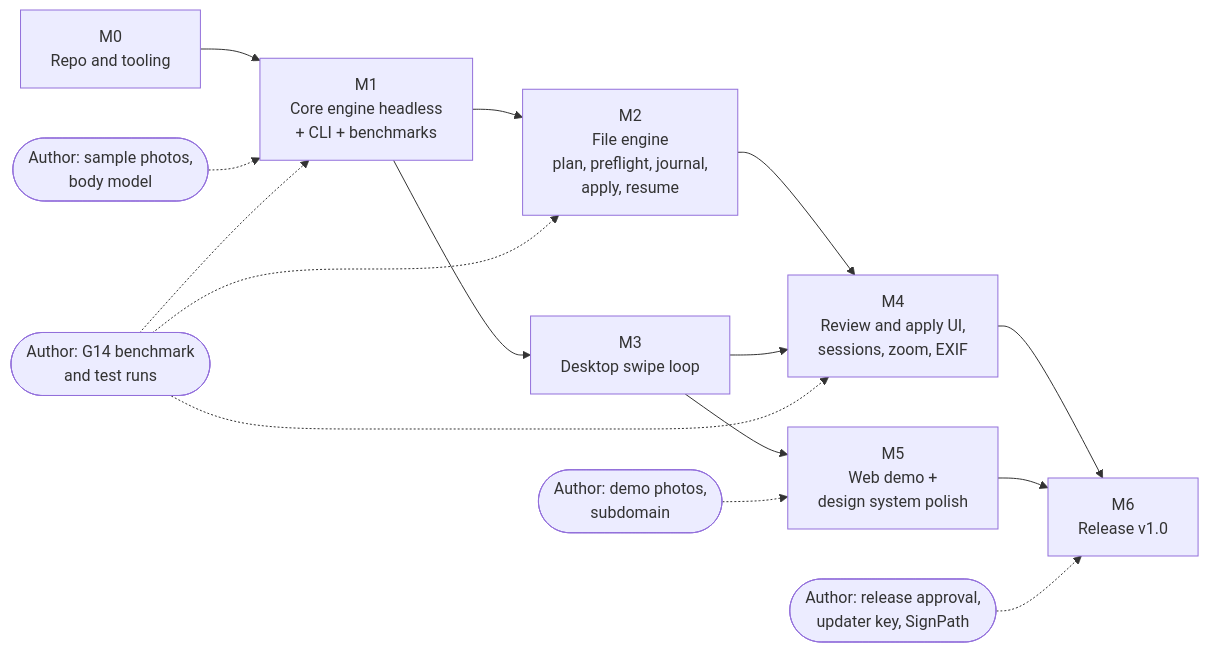
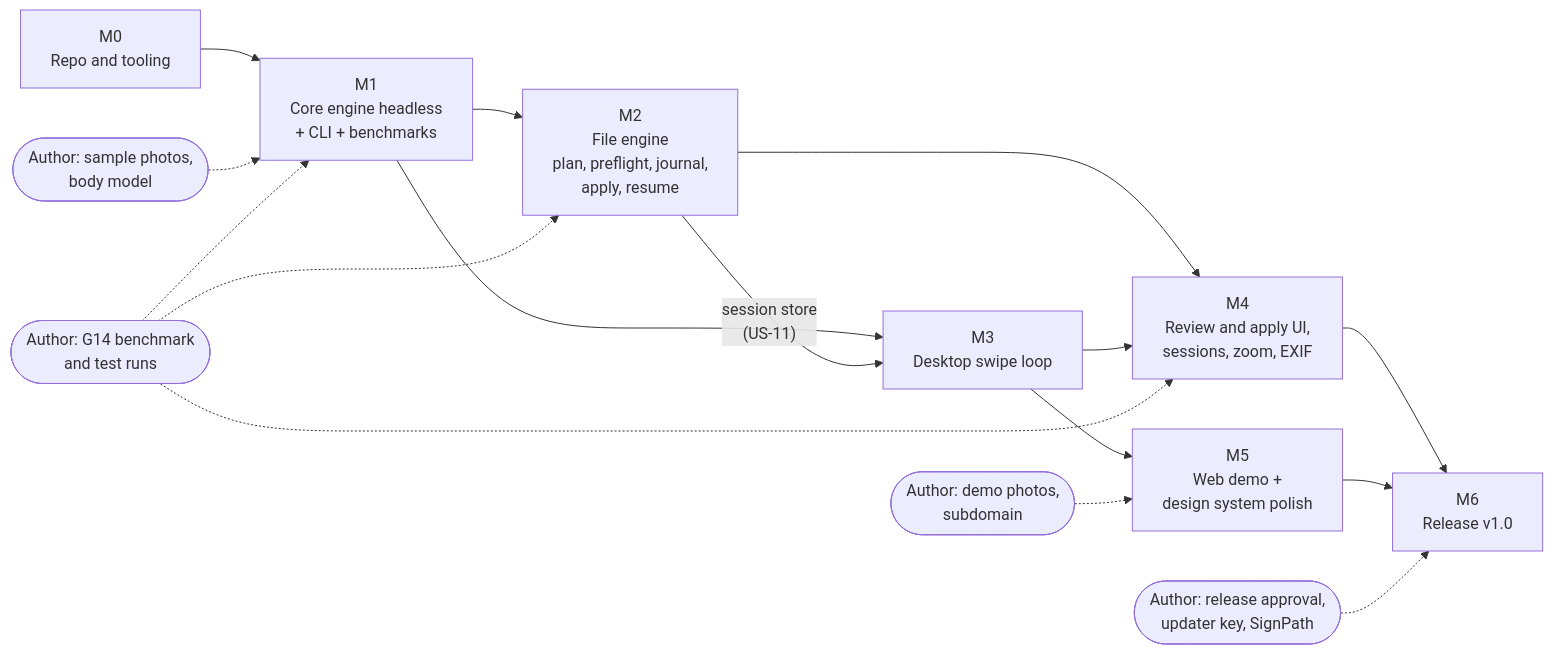
One commit to margaux-faurie/culla changed the diagram in docs/roadmap.md. Above: the diagram before and after it, drawn with Mermaid. The commit also changed other lines of this file and 4 other files, not shown here.

````diff
--- a/docs/roadmap.md
+++ b/docs/roadmap.md
@@ -9,18 +9,19 @@
 ```mermaid
 flowchart LR
   M0["M0<br/>Repo and tooling"] --> M1["M1<br/>Core engine headless<br/>+ CLI + benchmarks"]
   M1 --> M2["M2<br/>File engine<br/>plan, preflight, journal,<br/>apply, resume"]
   M1 --> M3["M3<br/>Desktop swipe loop"]
+  M2 -- "session store<br/>(US-11)" --> M3
   M2 --> M4["M4<br/>Review and apply UI,<br/>sessions, zoom, EXIF"]
   M3 --> M4
   M3 --> M5["M5<br/>Web demo +<br/>design system polish"]
   M4 --> M6["M6<br/>Release v1.0"]
   M5 --> M6
 
   A1(["Author: sample photos,<br/>body model"]) -.-> M1
   A2(["Author: G14 benchmark<br/>and test runs"]) -.-> M1
   A2 -.-> M2
   A2 -.-> M4
   A3(["Author: demo photos,<br/>subdomain"]) -.-> M5
   A4(["Author: release approval,<br/>updater key, SignPath"]) -.-> M6
 ```
````
